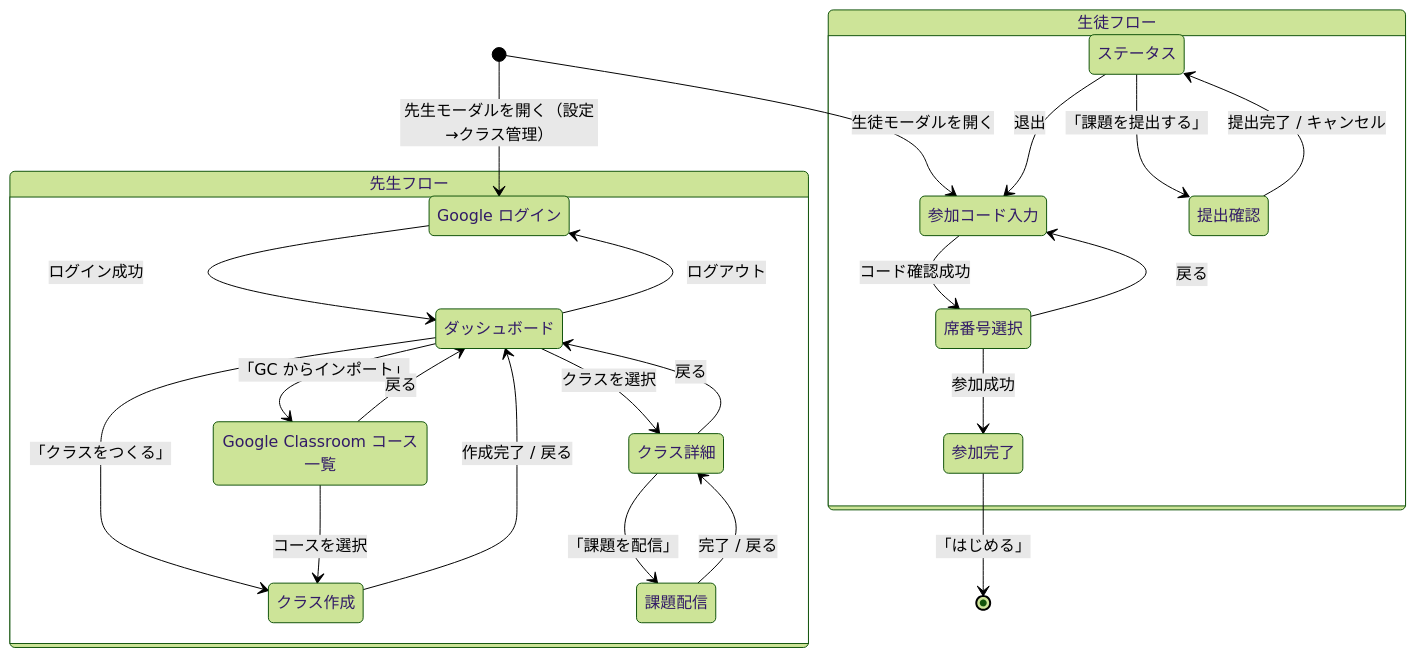
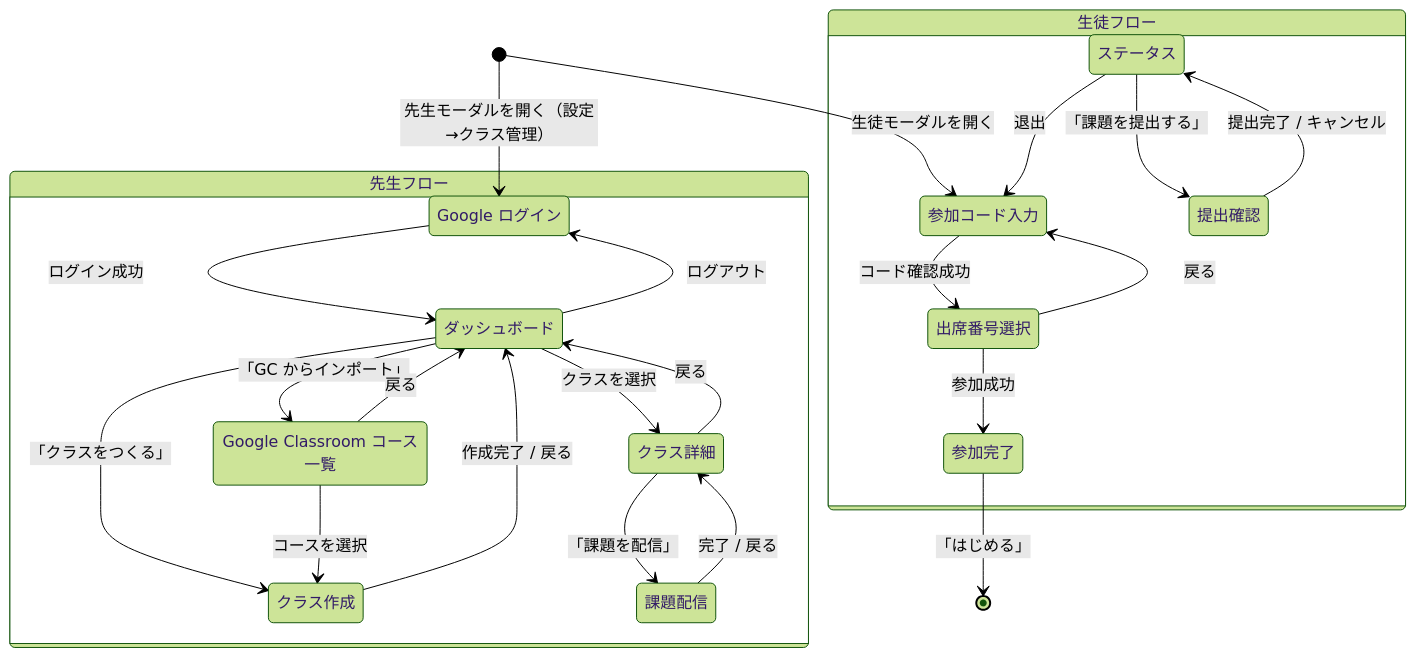
The diagram in docs/classroom/ui-ux.md (smalruby/smalruby3-editor), drawn with Mermaid (forest theme) before and after one commit. The commit also changed other lines of this file and 4 other files, not shown here.

````diff
--- a/docs/classroom/ui-ux.md
+++ b/docs/classroom/ui-ux.md
@@ -5,42 +5,42 @@
 ```mermaid
 stateDiagram-v2
     state "先生フロー" as teacher {
         state "Google ログイン" as teacher_login
         state "ダッシュボード" as teacher_dashboard
         state "クラス作成" as teacher_create
         state "クラス詳細" as teacher_detail
         state "Google Classroom コース一覧" as teacher_gc
         state "課題配信" as teacher_post
     }
     state "生徒フロー" as student {
         state "参加コード入力" as student_join
-        state "席番号選択" as student_seat
+        state "出席番号選択" as student_seat
         state "参加完了" as student_joined
         state "ステータス" as student_status
         state "提出確認" as student_confirm
     }
 
     [*] --> student_join: 生徒モーダルを開く
     [*] --> teacher_login: 先生モーダルを開く（設定→クラス管理）
 
     teacher_login --> teacher_dashboard: ログイン成功
     teacher_dashboard --> teacher_create: 「クラスをつくる」
     teacher_dashboard --> teacher_detail: クラスを選択
     teacher_dashboard --> teacher_gc: 「GC からインポート」
     teacher_dashboard --> teacher_login: ログアウト
     teacher_create --> teacher_dashboard: 作成完了 / 戻る
     teacher_detail --> teacher_dashboard: 戻る
     teacher_detail --> teacher_post: 「課題を配信」
     teacher_post --> teacher_detail: 完了 / 戻る
     teacher_gc --> teacher_create: コースを選択
     teacher_gc --> teacher_dashboard: 戻る
 
     student_join --> student_seat: コード確認成功
     student_seat --> student_joined: 参加成功
     student_seat --> student_join: 戻る
     student_joined --> [*]: 「はじめる」
 
     student_status --> student_confirm: 「課題を提出する」
     student_status --> student_join: 退出
     student_confirm --> student_status: 提出完了 / キャンセル
 ```
````
